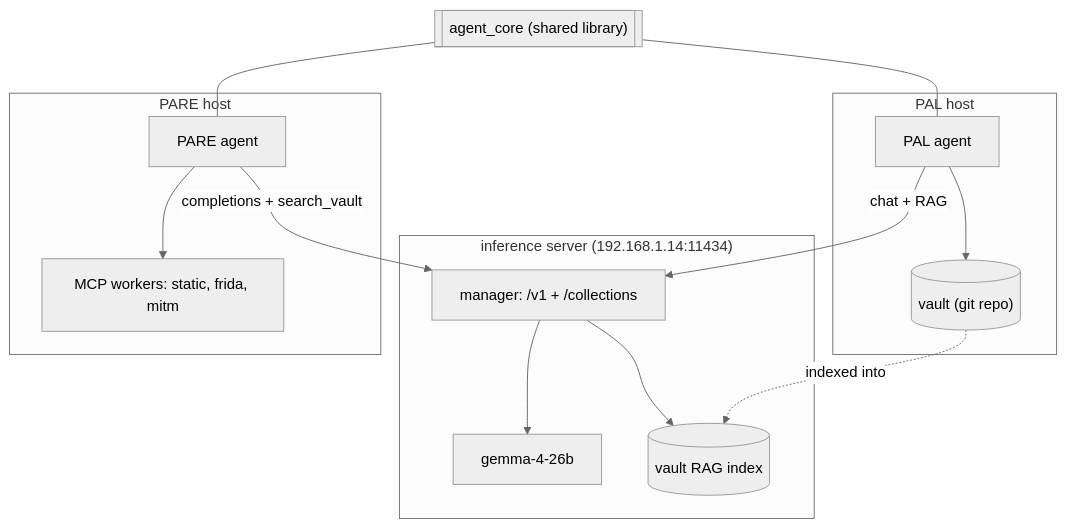
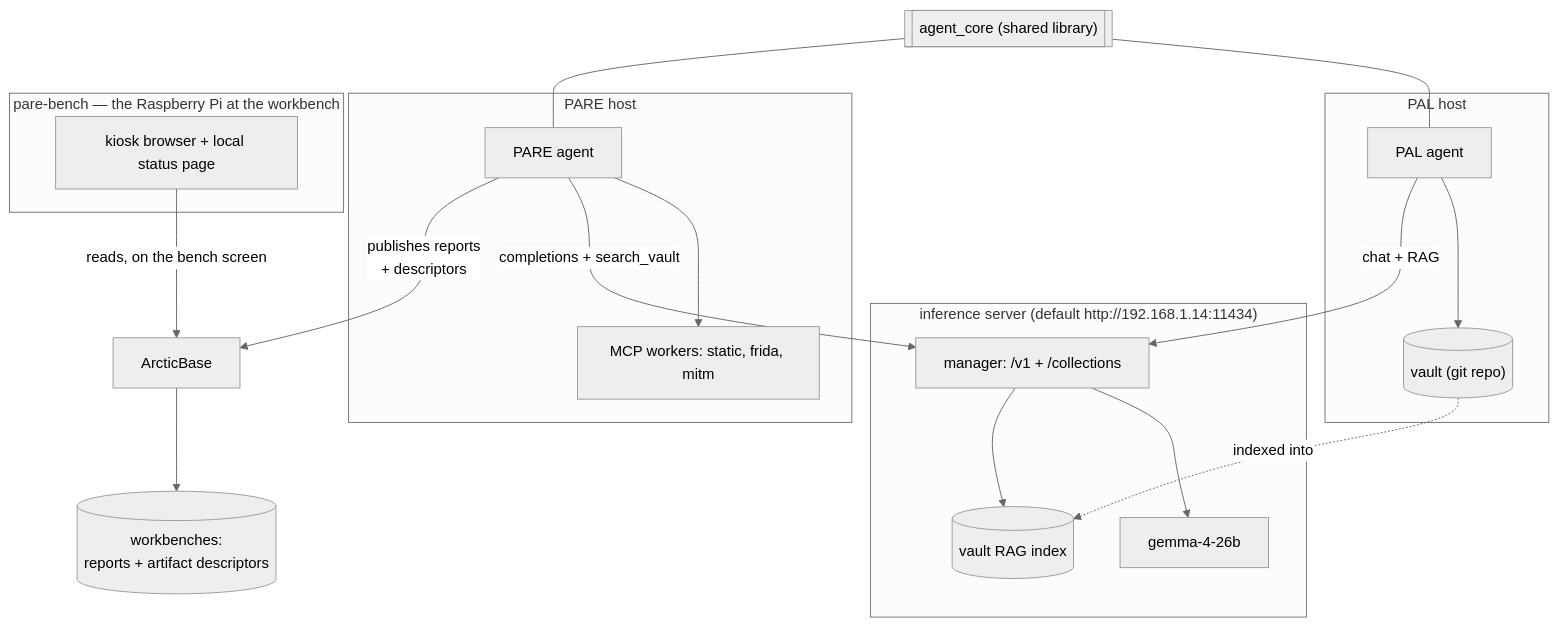
One commit to EdibleTuber/PARE changed the fourth of 4 diagrams in ARCHITECTURE.md. Above: the diagram before and after it, drawn with Mermaid (neutral theme). The commit also changed other lines of this file, not shown here.

First line of the commit message:
docs(architecture): make the diagrams true

````diff
--- a/ARCHITECTURE.md
+++ b/ARCHITECTURE.md
@@ -107,18 +129,24 @@
 ```mermaid
 flowchart TB
-    subgraph inf["inference server (192.168.1.14:11434)"]
+    subgraph inf["inference server (default http://192.168.1.14:11434)"]
         MGR["manager: /v1 + /collections"] --> LLM["gemma-4-26b"]
         MGR --> RAG[("vault RAG index")]
     end
+    AB["ArcticBase"] --> WB[("workbenches:<br/>reports + artifact descriptors")]
     subgraph palside["PAL host"]
         PAL["PAL agent"] --> VAULT[("vault (git repo)")]
     end
     subgraph pareside["PARE host"]
         PARE["PARE agent"] --> WK["MCP workers: static, frida, mitm"]
     end
+    subgraph bench["pare-bench — the Raspberry Pi at the workbench"]
+        KIOSK["kiosk browser + local status page"]
+    end
     VAULT -. indexed into .-> RAG
     PAL -->|"chat + RAG"| MGR
     PARE -->|"completions + search_vault"| MGR
+    PARE -->|"publishes reports<br/>+ descriptors"| AB
+    KIOSK -->|"reads, on the bench screen"| AB
     AC[["agent_core (shared library)"]] --- PAL
     AC --- PARE
 ```
````
